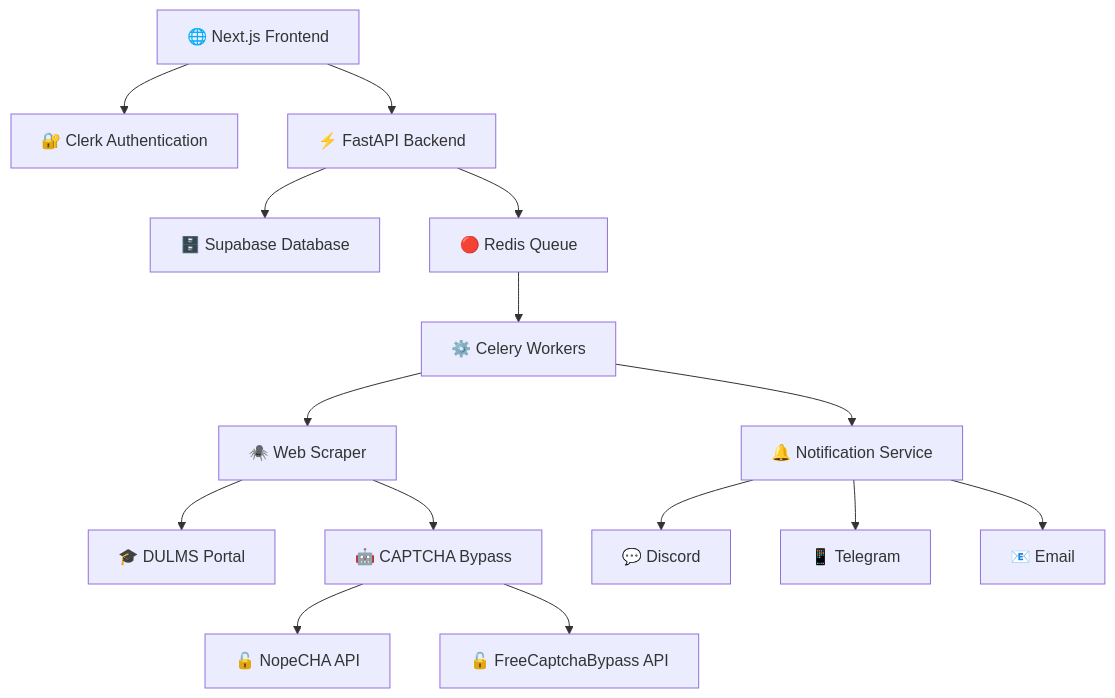
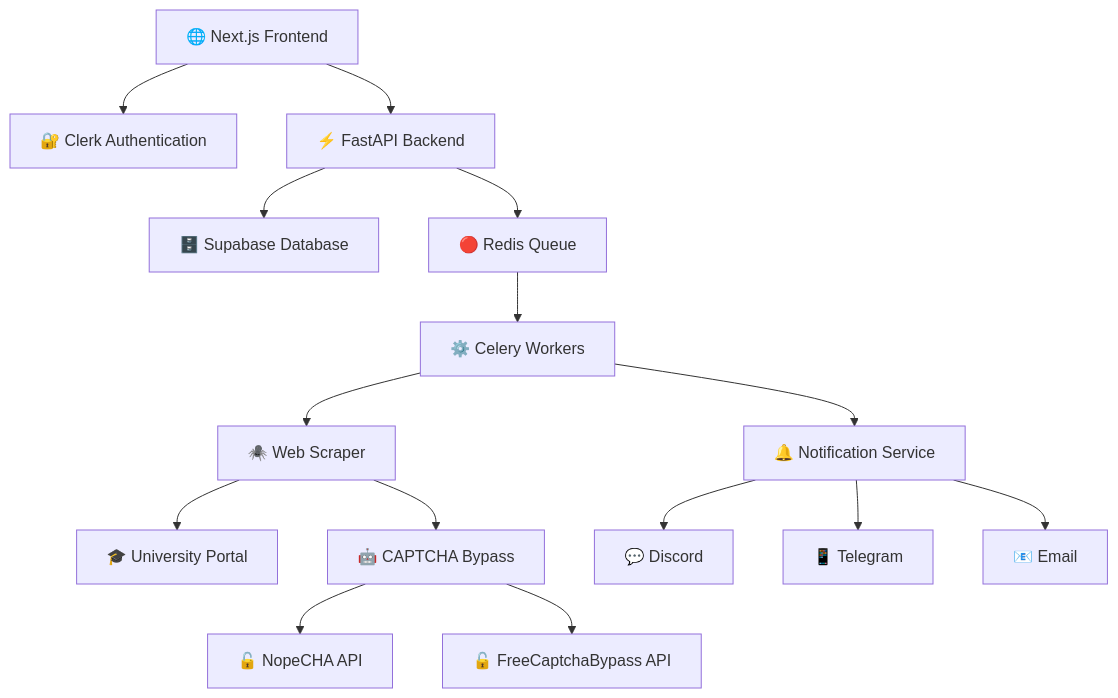
The diagram in README.md (a1harfoush/Uni-Shark), drawn with Mermaid before and after one commit. The commit also changed other lines of this file and 1 other file, not shown here.

````diff
--- a/README.md
+++ b/README.md
@@ -68,17 +68,17 @@
 ```mermaid
 graph TB
     A[🌐 Next.js Frontend] --> B[🔐 Clerk Authentication]
     A --> C[⚡ FastAPI Backend]
     C --> D[🗄️ Supabase Database]
     C --> E[🔴 Redis Queue]
     E --> F[⚙️ Celery Workers]
     F --> G[🕷️ Web Scraper]
-    G --> H[🎓 DULMS Portal]
+    G --> H[🎓 University Portal]
     F --> I[🔔 Notification Service]
     I --> J[💬 Discord]
     I --> K[📱 Telegram]
     I --> L[📧 Email]
     G --> M[🤖 CAPTCHA Bypass]
     M --> N[🔓 NopeCHA API]
     M --> O[🔓 FreeCaptchaBypass API]
 ```
````
